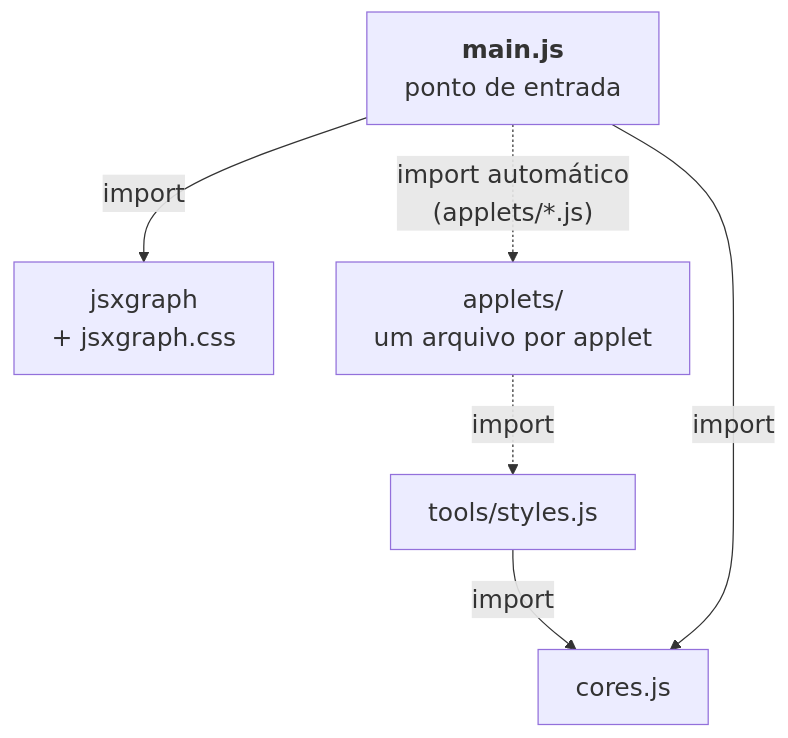
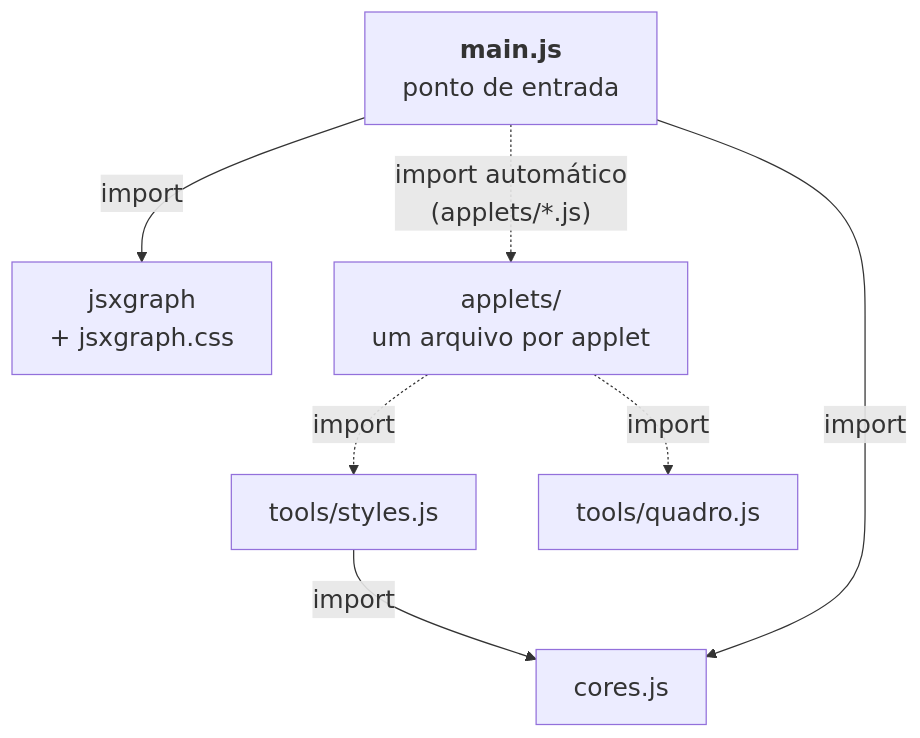
The fifth of 9 diagrams in _interno/diretrizes/arquitetura.md (lcmerlo/livro-online-fcg), drawn with Mermaid before and after one commit. The commit also changed other lines of this file and 8 other files, not shown here.

````diff
--- a/_interno/diretrizes/arquitetura.md
+++ b/_interno/diretrizes/arquitetura.md
@@ -289,15 +291,17 @@
 ```mermaid
 %%{init: {"themeVariables": {"fontSize": "20px"}, "flowchart": {"wrappingWidth": 420}}}%%
 flowchart TD
     main["<b>main.js</b><br/>ponto de entrada"]
     jxg["jsxgraph<br/>+ jsxgraph.css"]
     novo["applets/<br/>um arquivo por applet"]
     styles["tools/styles.js"]
+    quadro["tools/quadro.js"]
     cores["cores.js"]
 
     main -->|"import"| jxg
     main -.->|"import automático<br/>(applets/*.js)"| novo
     novo -.->|"import"| styles
+    novo -.->|"import"| quadro
     styles -->|"import"| cores
     main -->|"import"| cores
 ```
````
